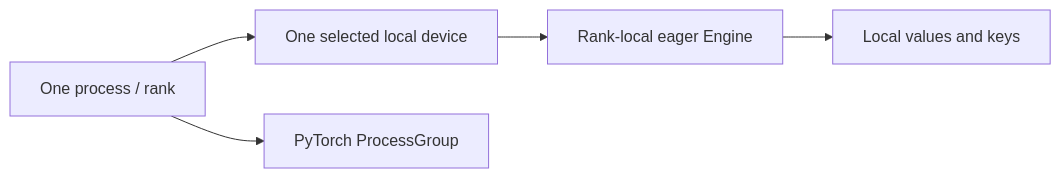
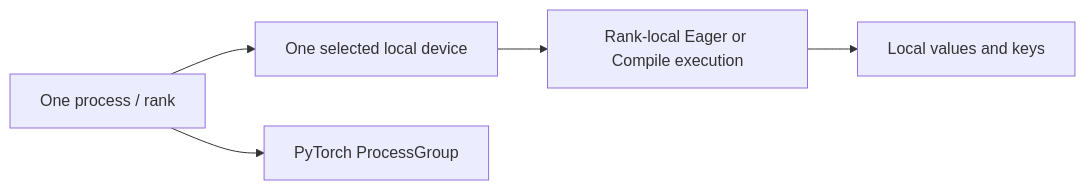
Before and after one commit to visualDust/fhelium: the second of 4 diagrams in docs/developer/distributed-internals.md, drawn with Mermaid. The commit also changed other lines of this file and 426 other files, not shown here.

````diff
--- a/docs/developer/distributed-internals.md
+++ b/docs/developer/distributed-internals.md
@@ -54,11 +38,11 @@
 ```mermaid
 graph LR
     RANK[One process / rank]
     DEV[One selected local device]
-    ENG[Rank-local eager Engine]
+    ENG[Rank-local Eager or Compile execution]
     VALUES[Local values and keys]
     GROUP[PyTorch ProcessGroup]
 
     RANK --> DEV --> ENG --> VALUES
     RANK --> GROUP
 ```
````
